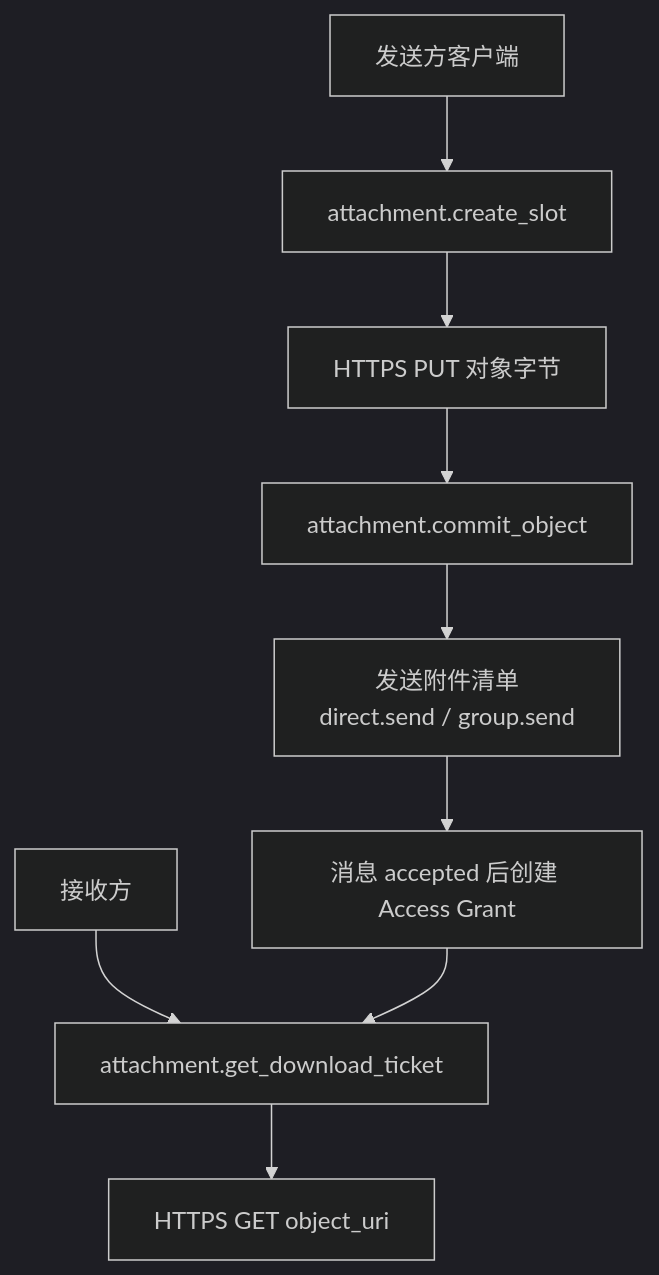
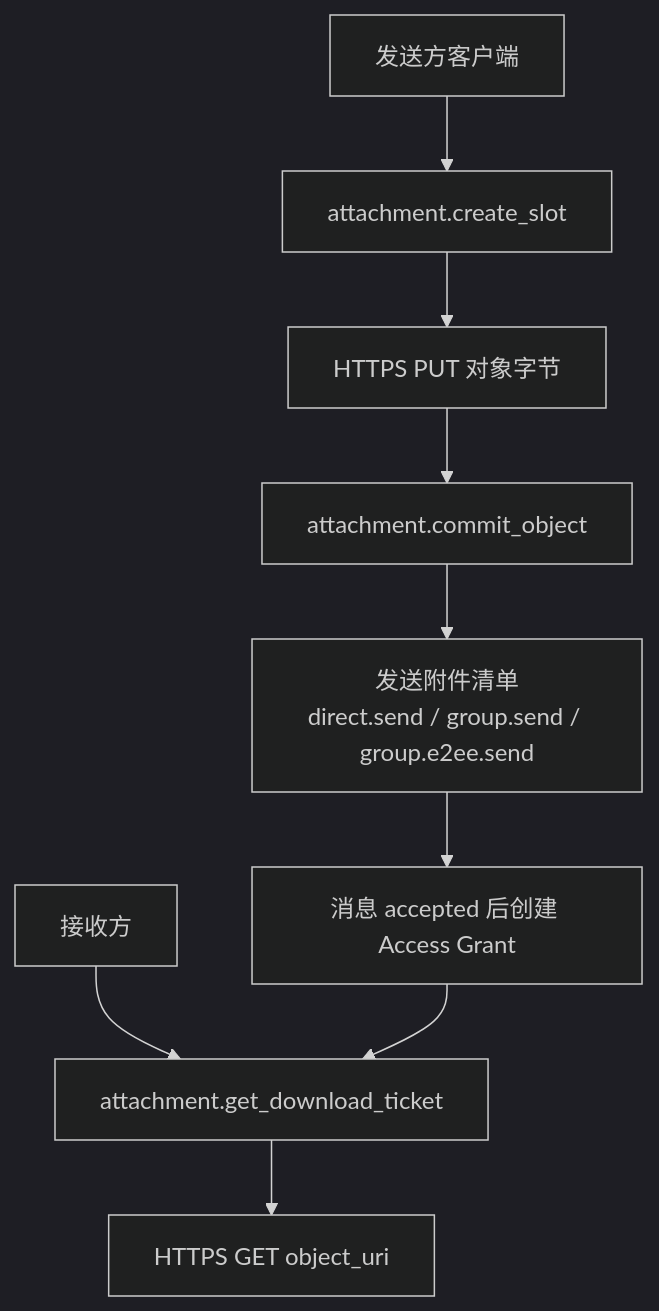
Before and after one commit to NeatNerdPrime/AgentNetworkProtocol: the first of 8 diagrams in chinese/message/vnext/07-附件与对象传输.md, drawn with Mermaid (dark theme). The commit also changed other lines of this file and 31 other files, not shown here.

````diff
--- a/chinese/message/vnext/07-附件与对象传输.md
+++ b/chinese/message/vnext/07-附件与对象传输.md
@@ -94,17 +96,17 @@
 ```mermaid
 flowchart TD
 C[发送方客户端]
 SLOT[attachment.create_slot]
 PUT[HTTPS PUT 对象字节]
 COMMIT[attachment.commit_object]
-SEND[发送附件清单<br/>direct.send / group.send]
+SEND[发送附件清单<br/>direct.send / group.send / group.e2ee.send]
 GRANT[消息 accepted 后创建 Access Grant]
 
 R[接收方]
 TICKET[attachment.get_download_ticket]
 GET[HTTPS GET object_uri]
 
 C --> SLOT --> PUT --> COMMIT --> SEND --> GRANT
 R --> TICKET --> GET
 GRANT --> TICKET
 ```
````
